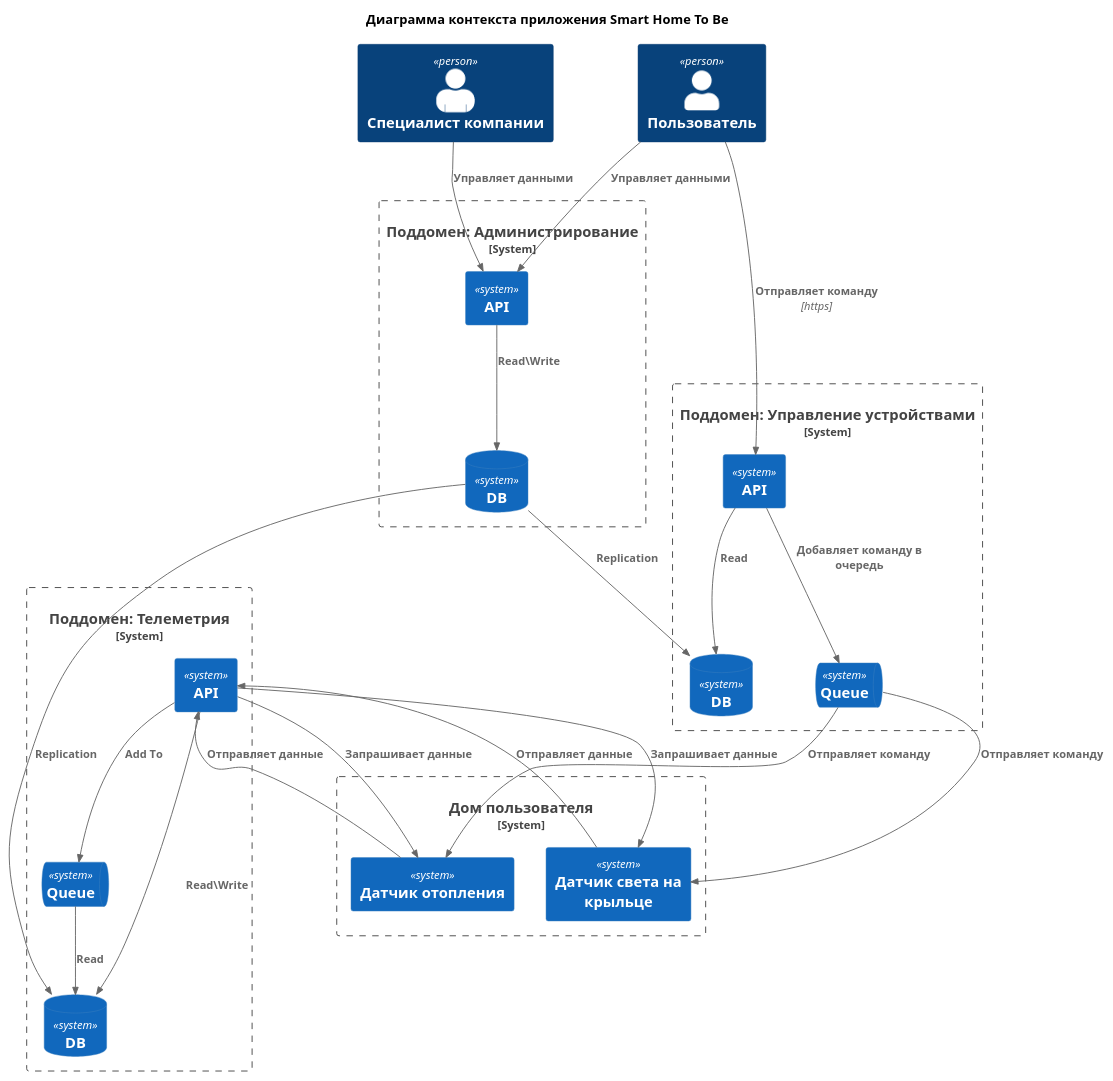
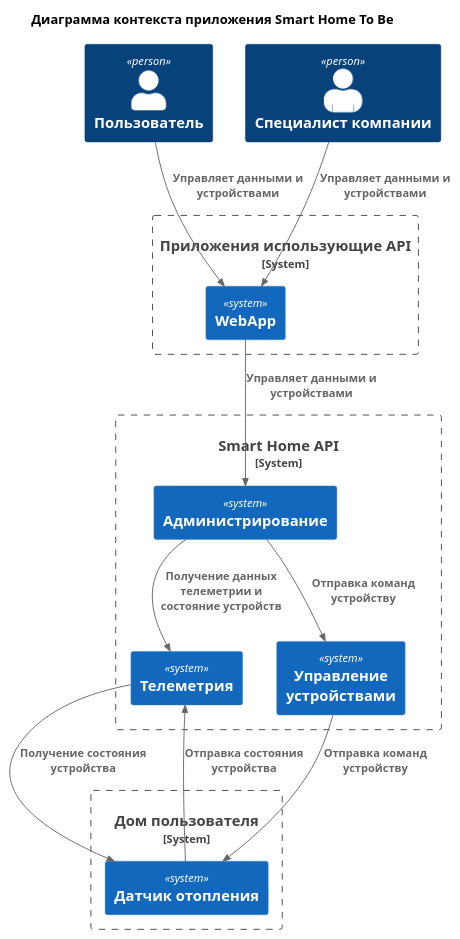
Before and after one commit to bezdelnique/ydnx-arch-sprint1: the diagram in docs/To Be Context Simple.puml, drawn with PlantUML.

Commit message:
To Be C4 diagrams

```diff
--- a/docs/To Be Context Simple.puml
+++ b/docs/To Be Context Simple.puml
@@ -1,58 +1,40 @@
 @startuml
 title "Диаграмма контекста приложения Smart Home To Be"
 
 top to bottom direction
 
 !include C4/C4_Context.puml
 
 Person(User, "Пользователь")
 Person(Specialist, "Специалист компании", "", person2)
 
+System_Boundary(SmartHomeApp, "Приложения использующие API") {
+    System(WebApp, "WebApp")
+}
+
+System_Boundary(SmartHomeApi, "Smart Home API") {
+    System(Administration, "Администрирование")
+    System(Telemetry, "Телеметрия")
+    System(ManageDevice, "Управление устройствами")
+}
+
 System_Boundary(UserHome, "Дом пользователя") {
     System(SensorHeating, "Датчик отопления")
-    System(SensorLight, "Датчик света на крыльце")
-}
-
-System_Boundary(SubdomainTelemetry, "Поддомен: Телеметрия") {
-    System(TelemetryApi, "API")
-    SystemDb(TelemetryDb, "DB")
-    SystemQueue(TelemetryQueue, "Queue")
-}
-
-System_Boundary(SubdomainManageDevice, "Поддомен: Управление устройствами") {
-    System(ManageDeviceApi, "API")
-    SystemDb(ManageDeviceDb, "DB")
-    SystemQueue(ManageDeviceQueue, "Queue")
-}
-
-System_Boundary(SubdomainAdministration, "Поддомен: Администрирование") {
-    System(AdministrationApi, "API")
-    SystemDb(AdministrationDb, "DB")
 }
 
 
-Rel(TelemetryApi, TelemetryDb, "Read\Write")
-Rel(TelemetryApi, TelemetryQueue, "Add To")
-Rel(TelemetryQueue, TelemetryDb, "Read")
+Rel(User, WebApp, "Управляет данными и устройствами")
+Rel(Specialist, WebApp, "Управляет данными и устройствами")
 
-Rel(SensorLight, TelemetryApi, "Отправляет данные")
-Rel(TelemetryApi, SensorLight, "Запрашивает данные")
+Rel(WebApp, Administration, "Управляет данными и устройствами")
 
-Rel(SensorHeating, TelemetryApi, "Отправляет данные")
-Rel(TelemetryApi, SensorHeating, "Запрашивает данные")
+Rel(Administration, Telemetry, "Получение данных телеметрии и состояние устройств")
+Rel(Administration, ManageDevice, "Отправка команд устройству")
 
-Rel(ManageDeviceApi, ManageDeviceDb, "Read")
-Rel(AdministrationApi, AdministrationDb, "Read\Write")
-Rel(AdministrationDb, ManageDeviceDb, "Replication")
-Rel(AdministrationDb, TelemetryDb, "Replication")
-
-Rel(User, ManageDeviceApi, "Отправляет команду", "https")
-Rel(ManageDeviceApi, ManageDeviceQueue, "Добавляет команду в очередь")
-Rel(ManageDeviceQueue, SensorLight, "Отправляет команду")
-Rel(ManageDeviceQueue, SensorHeating, "Отправляет команду")
+Rel(Telemetry, SensorHeating, "Получение состояния устройства")
+Rel(SensorHeating, Telemetry, "Отправка состояния устройства")
+Rel(ManageDevice, SensorHeating, "Отправка команд устройству")
 
 
-Rel(Specialist, AdministrationApi, "Управляет данными")
-Rel(User, AdministrationApi, "Управляет данными")
 
 @enduml
```
